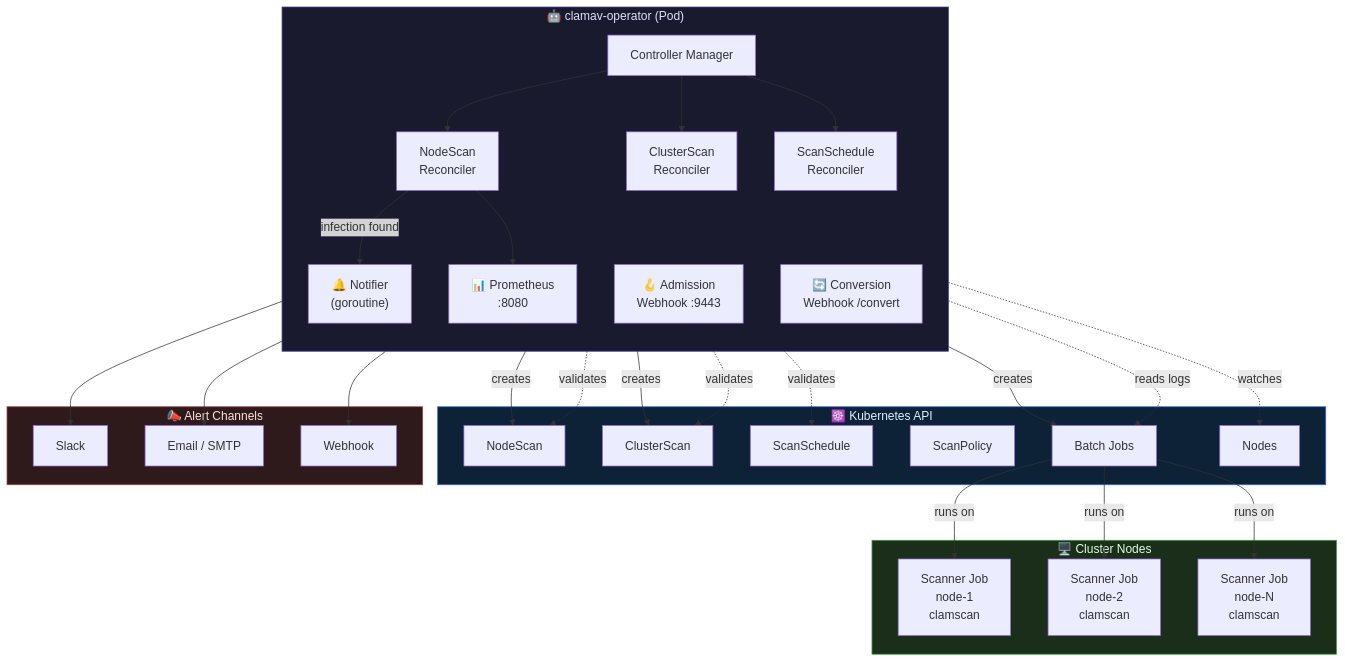
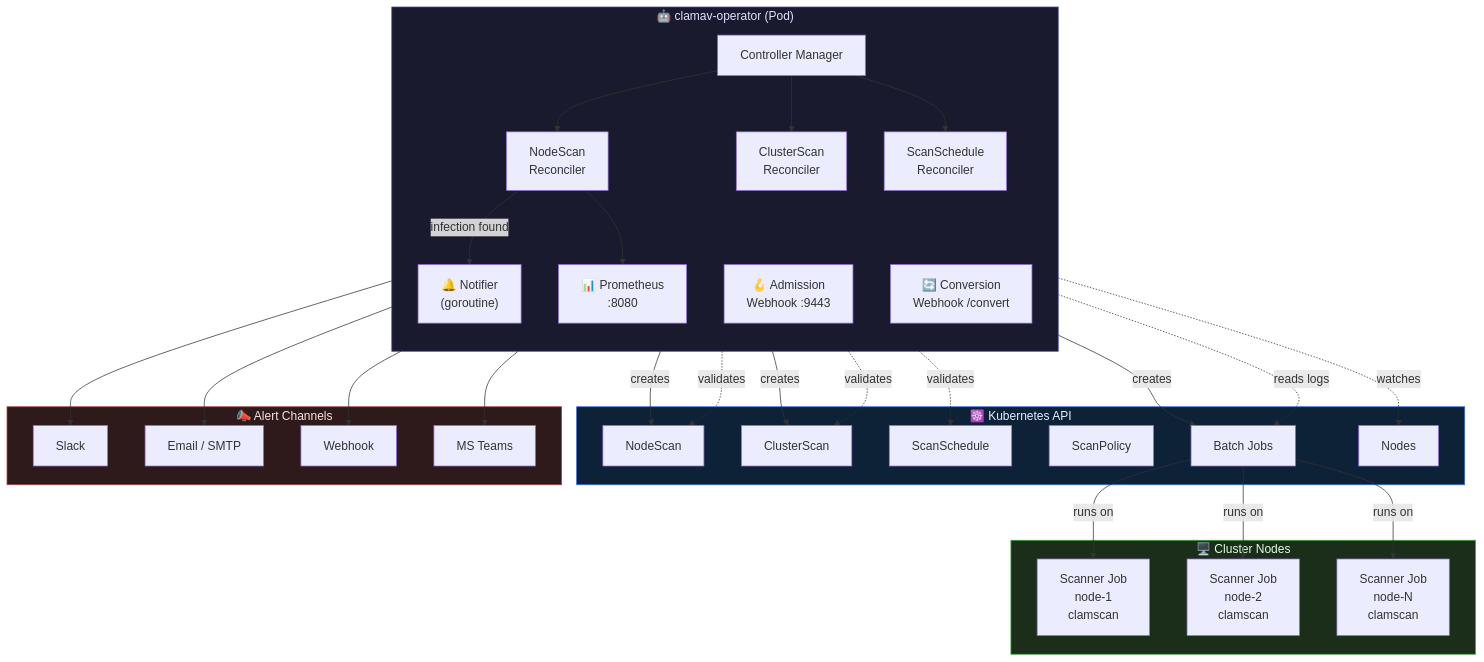
One commit to SolucTeam/clamav-operator changed the first of 10 diagrams in README.md. Above: the diagram before and after it, drawn with Mermaid. The commit also changed other lines of this file and 2 other files, not shown here.

````diff
--- a/README.md
+++ b/README.md
@@ -84,53 +84,54 @@
 ```mermaid
 flowchart TB
     subgraph Operator["🤖 clamav-operator (Pod)"]
         direction TB
         MGR["Controller Manager"]
         NS_CTL["NodeScan\nReconciler"]
         CS_CTL["ClusterScan\nReconciler"]
         SS_CTL["ScanSchedule\nReconciler"]
         NOTIF["🔔 Notifier\n(goroutine)"]
         METRICS["📊 Prometheus\n:8080"]
         WEBHOOK_ADM["🪝 Admission\nWebhook :9443"]
         WEBHOOK_CONV["🔄 Conversion\nWebhook /convert"]
 
         MGR --> NS_CTL & CS_CTL & SS_CTL
         NS_CTL -->|infection found| NOTIF
         NS_CTL --> METRICS
     end
 
     subgraph K8S["☸️ Kubernetes API"]
         CRD_NS["NodeScan"]
         CRD_CS["ClusterScan"]
         CRD_SS["ScanSchedule"]
         CRD_SP["ScanPolicy"]
         JOBS["Batch Jobs"]
         NODES["Nodes"]
     end
 
     subgraph Workers["🖥️ Cluster Nodes"]
         J1["Scanner Job\nnode-1\nclamscan"]
         J2["Scanner Job\nnode-2\nclamscan"]
         JN["Scanner Job\nnode-N\nclamscan"]
     end
 
     subgraph Alerts["📣 Alert Channels"]
         SLACK["Slack"]
         EMAIL["Email / SMTP"]
         WBHK["Webhook"]
+        TEAMS["MS Teams"]
     end
 
     SS_CTL -->|creates| CRD_CS
     CS_CTL -->|creates| CRD_NS
     NS_CTL -->|creates| JOBS
     JOBS -->|runs on| J1 & J2 & JN
     NS_CTL -.->|reads logs| JOBS
     NS_CTL -.->|watches| NODES
     WEBHOOK_ADM -.->|validates| CRD_NS & CRD_CS & CRD_SS
-    NOTIF --> SLACK & EMAIL & WBHK
+    NOTIF --> SLACK & EMAIL & WBHK & TEAMS
 
     style Operator fill:#1a1a2e,color:#e0e0ff,stroke:#4444aa
     style K8S fill:#0d2137,color:#e0f0ff,stroke:#326CE5
     style Workers fill:#1a2e1a,color:#e0ffe0,stroke:#44aa44
     style Alerts fill:#2e1a1a,color:#ffe0e0,stroke:#aa4444
 ```
````
